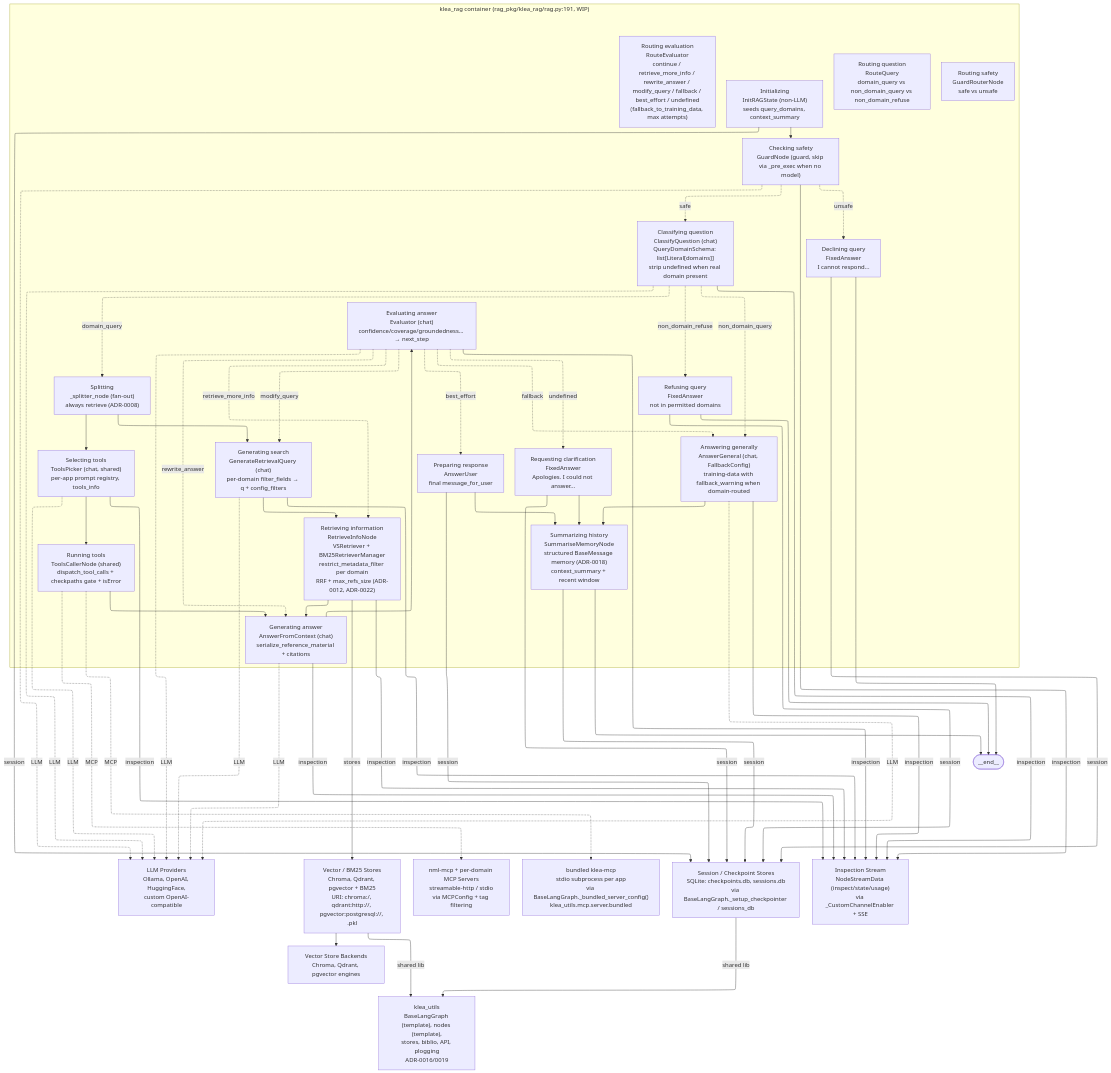
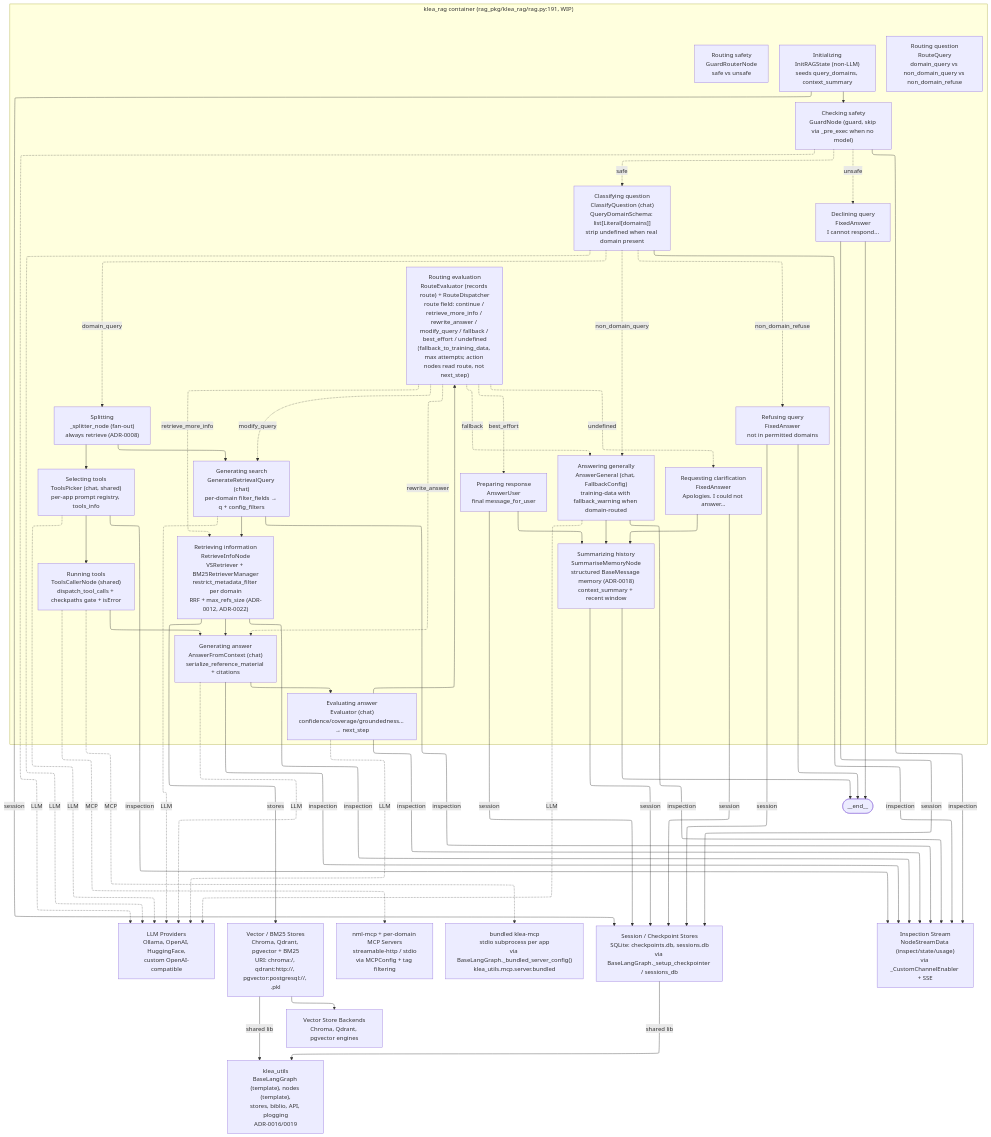
One commit to NeuroML/klea changed the first of 2 diagrams in devdocs/system/c4-component-rag.md. Above: the diagram before and after it, drawn with Mermaid. The commit also changed other lines of this file and 6 other files, not shown here.

```diff
--- a/devdocs/system/c4-component-rag.md
+++ b/devdocs/system/c4-component-rag.md
@@ -76,7 +76,7 @@
         retrieve["Retrieving information<br/>RetrieveInfoNode<br/>VSRetriever + BM25RetrieverManager<br/>restrict_metadata_filter per domain<br/>RRF + max_refs_size (ADR-0012, ADR-0022)"]
         answerCtx["Generating answer<br/>AnswerFromContext (chat)<br/>serialize_reference_material + citations"]
         evaluator["Evaluating answer<br/>Evaluator (chat)<br/>confidence/coverage/groundedness… → next_step"]
-        routeEval["Routing evaluation<br/>RouteEvaluator<br/>continue / retrieve_more_info / rewrite_answer / modify_query / fallback / best_effort / undefined<br/>(fallback_to_training_data, max attempts)"]
+        routeEval["Routing evaluation<br/>RouteEvaluator (records route) + RouteDispatcher<br/>route field: continue / retrieve_more_info / rewrite_answer / modify_query / fallback / best_effort / undefined<br/>(fallback_to_training_data, max attempts; action nodes read route, not next_step)"]
         answerGen["Answering generally<br/>AnswerGeneral (chat, FallbackConfig)<br/>training-data with fallback_warning when domain-routed"]
         prep["Preparing response<br/>AnswerUser<br/>final message_for_user"]
         clarify["Requesting clarification<br/>FixedAnswer<br/>Apologies. I could not answer..."]
@@ -97,12 +97,13 @@
     caller --> answerCtx
     retrieve --> answerCtx
     answerCtx --> evaluator
-    evaluator -. fallback .-> answerGen
-    evaluator -. rewrite_answer .-> answerCtx
-    evaluator -. modify_query .-> genSearch
-    evaluator -. best_effort .-> prep
-    evaluator -. undefined .-> clarify
-    evaluator -. retrieve_more_info .-> retrieve
+    evaluator --> routeEval
+    routeEval -. fallback .-> answerGen
+    routeEval -. rewrite_answer .-> answerCtx
+    routeEval -. modify_query .-> genSearch
+    routeEval -. best_effort .-> prep
+    routeEval -. undefined .-> clarify
+    routeEval -. retrieve_more_info .-> retrieve
     answerGen --> summarise
     prep --> summarise
     clarify --> summarise
```
